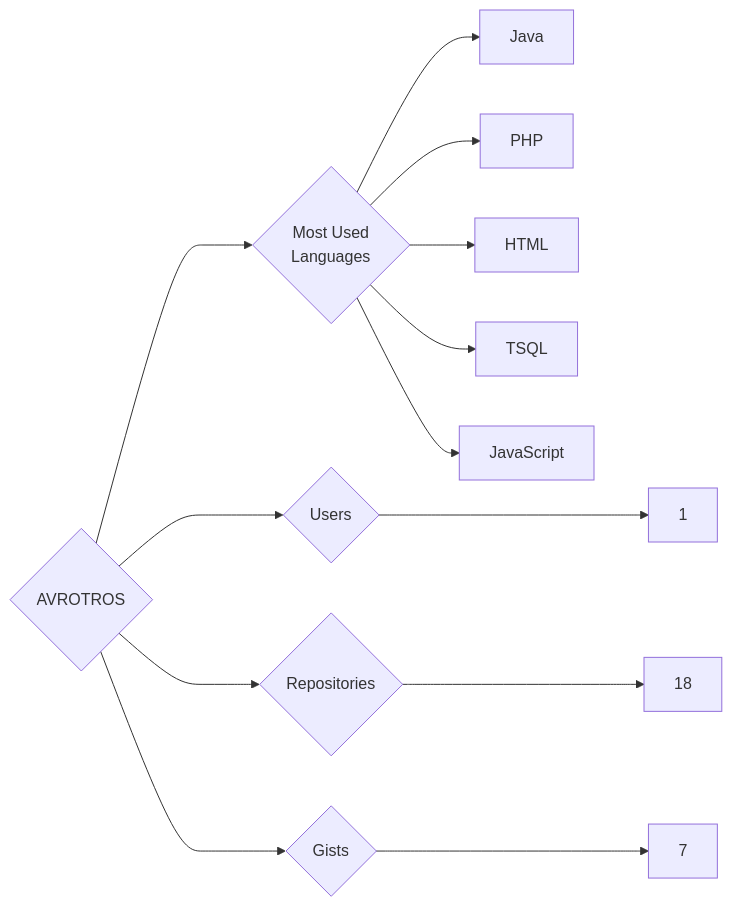
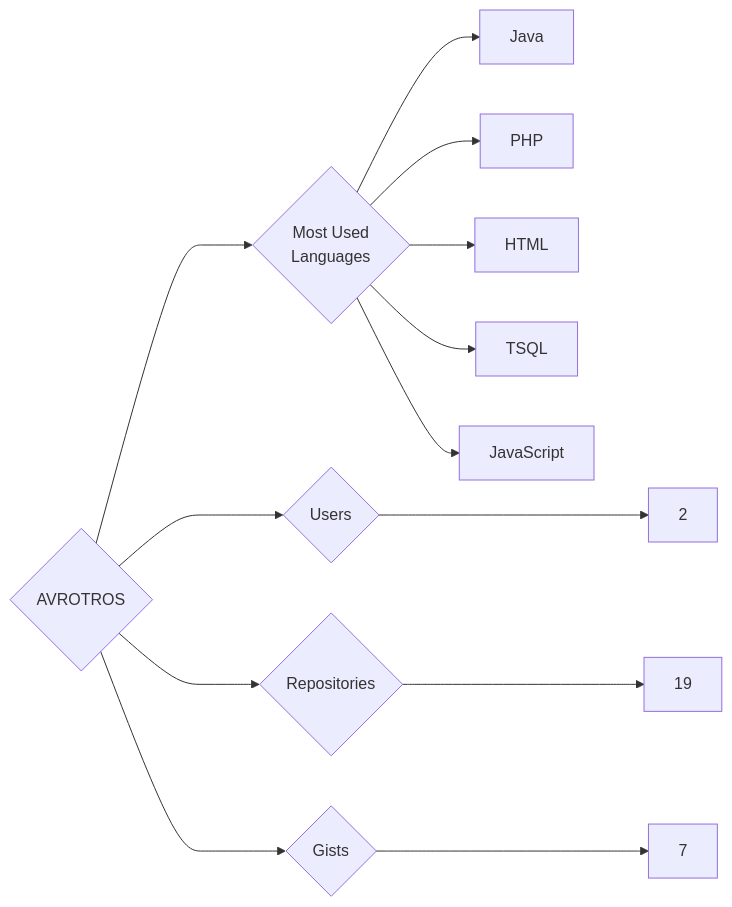
One commit to trickest/insiders changed the diagram in targets/AVROTROS/README.md. Above: the diagram before and after it, drawn with Mermaid. The commit also changed 1055 other files, not shown here.

````diff
--- a/targets/AVROTROS/README.md
+++ b/targets/AVROTROS/README.md
@@ -3,13 +3,13 @@
 ```mermaid
 graph LR
 COMPANY_NAME{AVROTROS}
-COMPANY_NAME ---> U{Users} ---> UN[1]
-COMPANY_NAME ---> R{Repositories} ---> RN[18]
+COMPANY_NAME ---> U{Users} ---> UN[2]
+COMPANY_NAME ---> R{Repositories} ---> RN[19]
 COMPANY_NAME ---> G{Gists} ---> GN[7]
 COMPANY_NAME ---> ML{Most Used<br>Languages}
 ML --> Java[Java]
 ML --> PHP[PHP]
 ML --> HTML[HTML]
 ML --> TSQL[TSQL]
 ML --> JavaScript[JavaScript]
 ```
````
